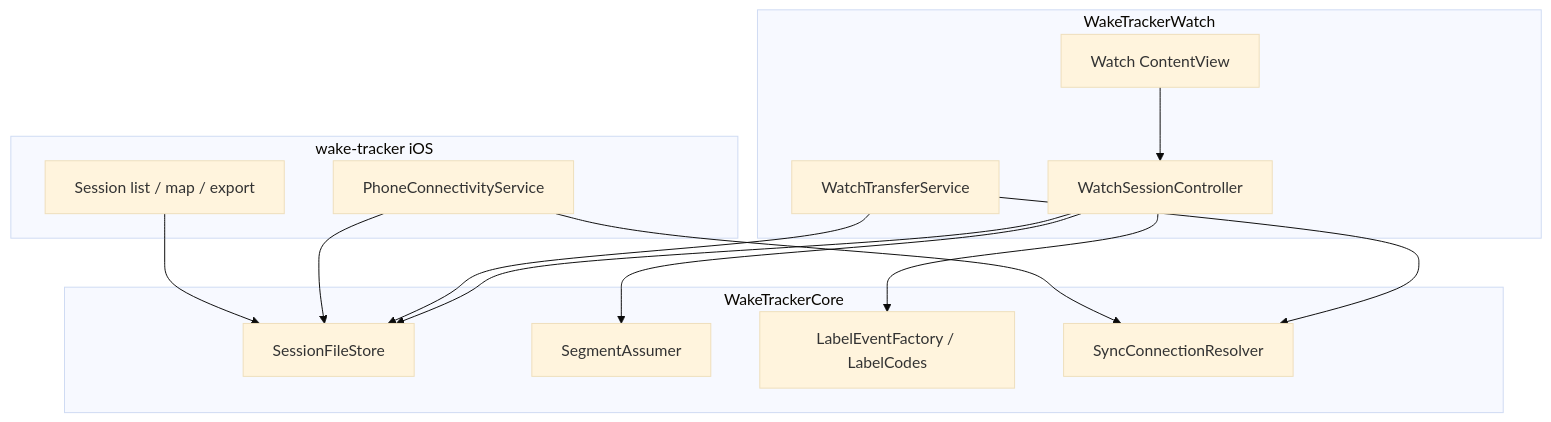
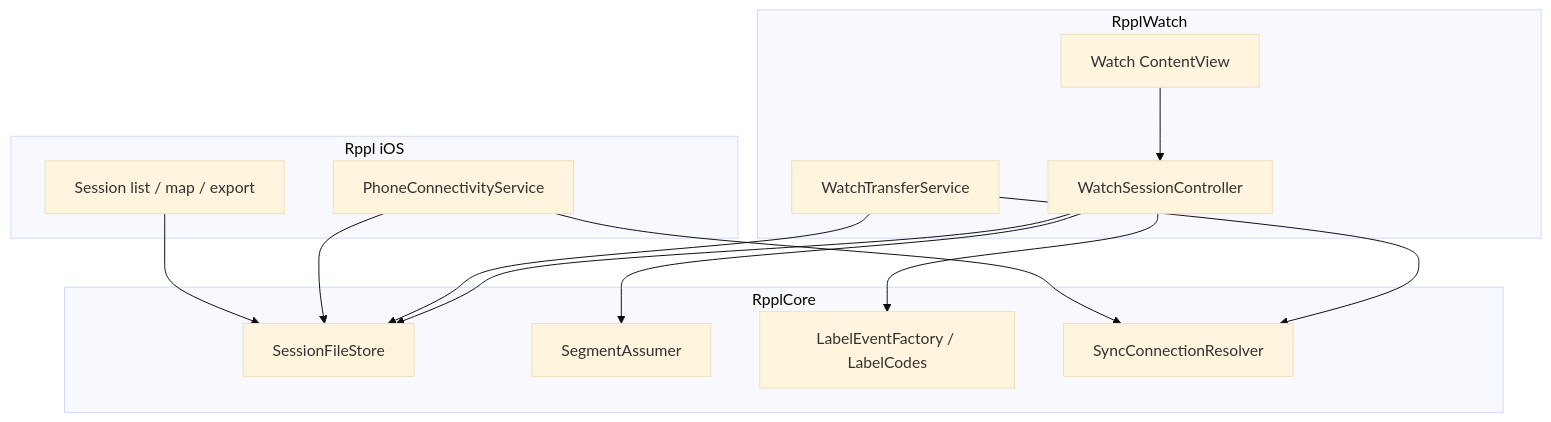
One commit to DCSBL/rppl changed the first of 2 diagrams in Docs/DESIGN.md. Above: the diagram before and after it, drawn with Mermaid (base theme). The commit also changed other lines of this file and 97 other files, not shown here.

````diff
--- a/Docs/DESIGN.md
+++ b/Docs/DESIGN.md
@@ -7,30 +7,30 @@
 ```mermaid
 flowchart TB
-  subgraph watch [WakeTrackerWatch]
+  subgraph watch [RpplWatch]
     WSC[WatchSessionController]
     WUI[Watch ContentView]
     WCSend[WatchTransferService]
   end
 
-  subgraph core [WakeTrackerCore]
+  subgraph core [RpplCore]
     Store[SessionFileStore]
     Assumer[SegmentAssumer]
     Labels[LabelEventFactory / LabelCodes]
     SyncRes[SyncConnectionResolver]
   end
 
-  subgraph phone [wake-tracker iOS]
+  subgraph phone [Rppl iOS]
     PCS[PhoneConnectivityService]
     PUI[Session list / map / export]
   end
 
   WUI --> WSC
   WSC --> Assumer
   WSC --> Labels
   WSC --> Store
   WCSend --> Store
   WCSend --> SyncRes
   PCS --> Store
   PCS --> SyncRes
   PUI --> Store
 ```
````
